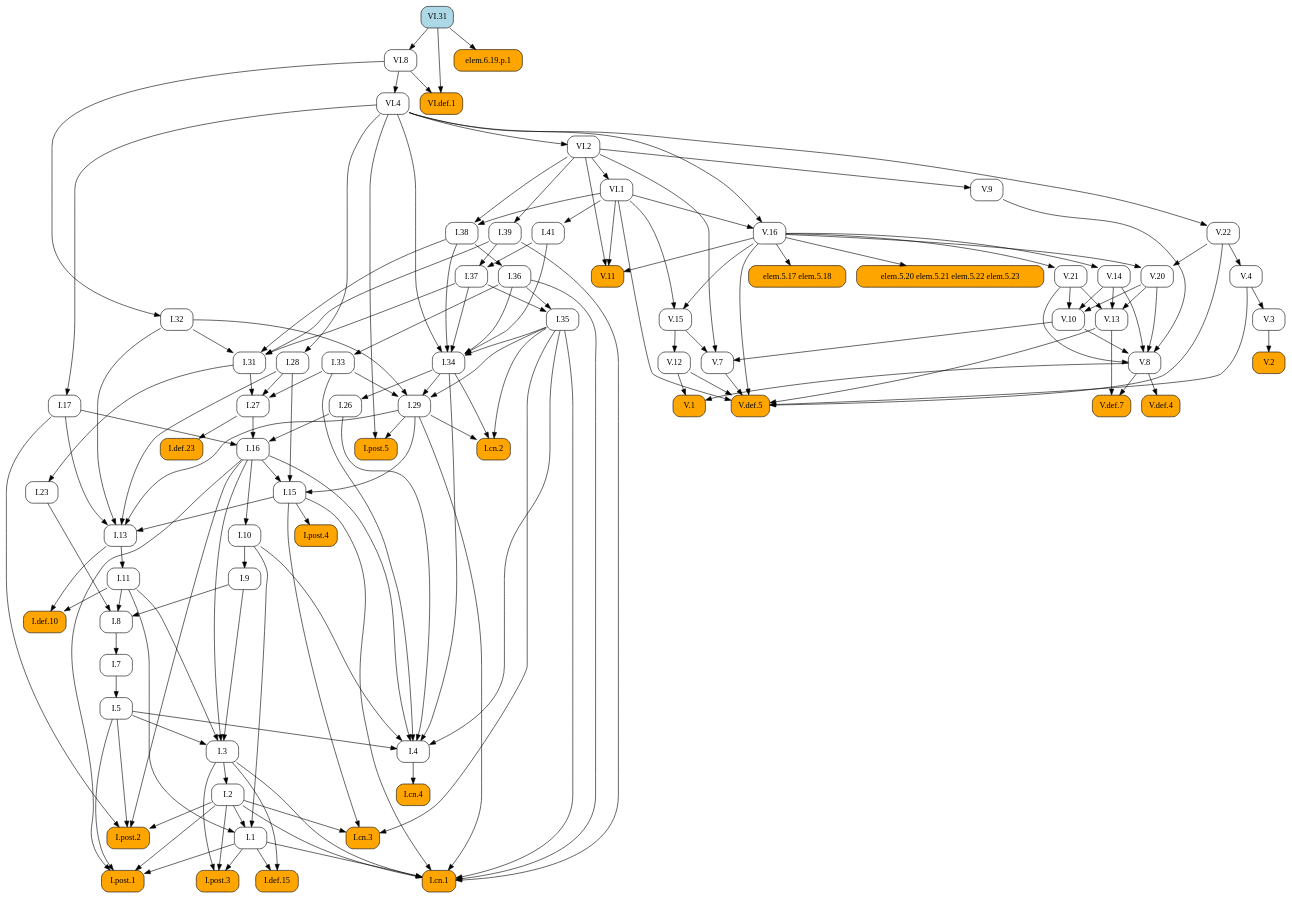
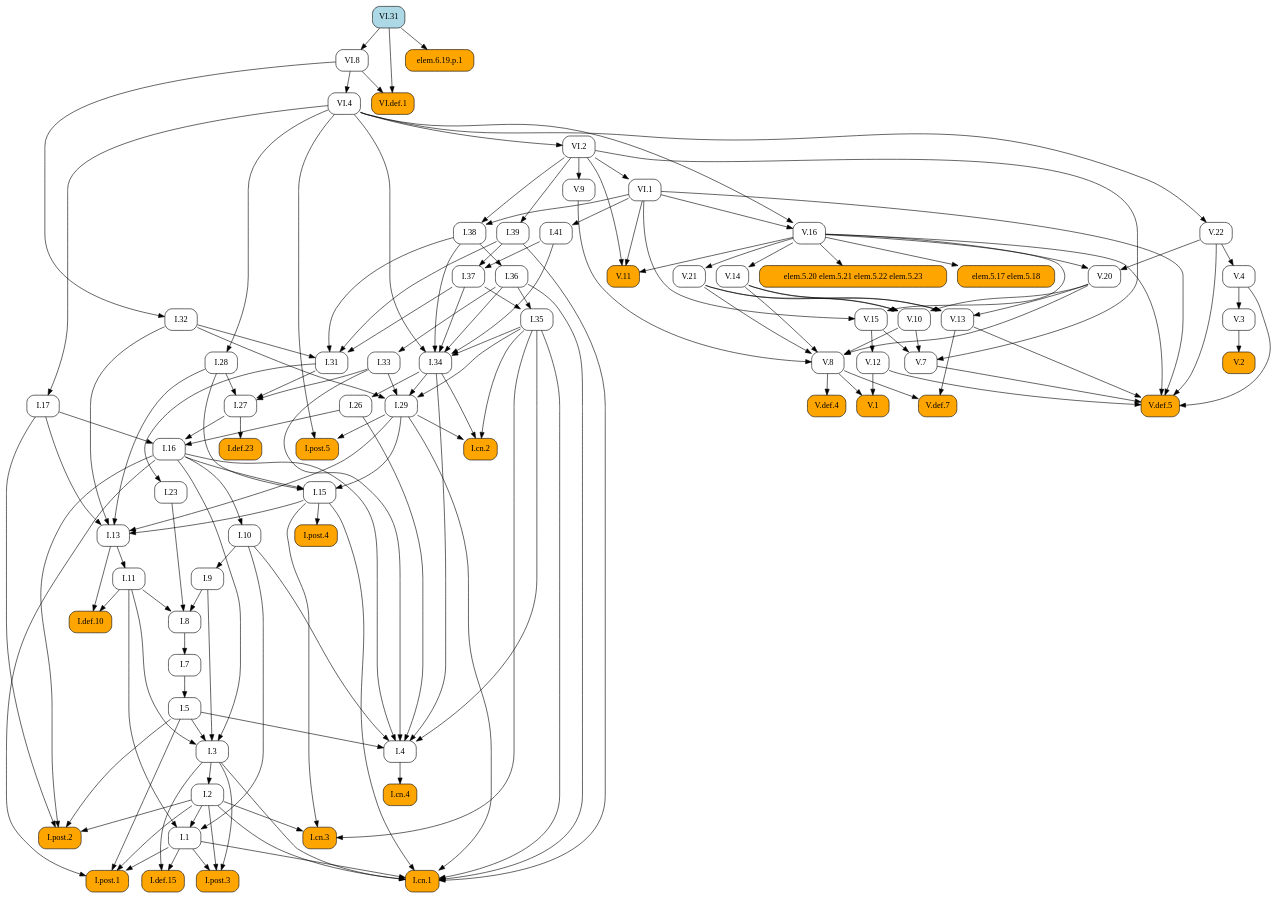
Before and after one commit to geometor/elements: the diagram in docsrc/heath/VI/31/index.rst, drawn with Graphviz. The commit also changed other lines of this file and 1029 other files, not shown here.

```diff
--- a/docsrc/heath/VI/31/index.rst
+++ b/docsrc/heath/VI/31/index.rst
@@ -44,143 +44,84 @@
    digraph {
      rankdir="TB";
      node [shape=box, style=rounded];
-     "V.1" [style="rounded,filled", fillcolor=orange, URL="/heath/V/1/", target="_top"];
-     "I.29" [URL="/heath/I/29/", target="_top"];
-     "I.7" [URL="/heath/I/7/", target="_top"];
-     "I.27" [URL="/heath/I/27/", target="_top"];
-     "I.def.23" [style="rounded,filled", fillcolor=orange, URL="/heath/I/def.23/", target="_top"];
-     "V.20" [URL="/heath/V/20/", target="_top"];
-     "I.34" [URL="/heath/I/34/", target="_top"];
-     "I.8" [URL="/heath/I/8/", target="_top"];
-     "VI.8" [URL="/heath/VI/8/", target="_top"];
-     "I.9" [URL="/heath/I/9/", target="_top"];
-     "V.2" [style="rounded,filled", fillcolor=orange, URL="/heath/V/2/", target="_top"];
-     "V.22" [URL="/heath/V/22/", target="_top"];
+     "I.def.10" [style="rounded,filled", fillcolor=orange, URL="/heath/I/def.10/", target="_top"];
+     "I.11" [URL="/heath/I/11/", target="_top"];
      "I.post.4" [style="rounded,filled", fillcolor=orange, URL="/heath/I/post.4/", target="_top"];
-     "I.2" [URL="/heath/I/2/", target="_top"];
-     "V.4" [URL="/heath/V/4/", target="_top"];
      "I.28" [URL="/heath/I/28/", target="_top"];
-     "VI.4" [URL="/heath/VI/4/", target="_top"];
-     "I.cn.4" [style="rounded,filled", fillcolor=orange, URL="/heath/I/cn.4/", target="_top"];
-     "VI.2" [URL="/heath/VI/2/", target="_top"];
-     "elem.5.20 elem.5.21 elem.5.22 elem.5.23" [style="rounded,filled", fillcolor=orange];
-     "I.23" [URL="/heath/I/23/", target="_top"];
-     "I.13" [URL="/heath/I/13/", target="_top"];
-     "I.5" [URL="/heath/I/5/", target="_top"];
-     "I.11" [URL="/heath/I/11/", target="_top"];
-     "I.4" [URL="/heath/I/4/", target="_top"];
-     "I.def.10" [style="rounded,filled", fillcolor=orange, URL="/heath/I/def.10/", target="_top"];
+     "I.1" [URL="/heath/I/1/", target="_top"];
+     "V.def.5" [style="rounded,filled", fillcolor=orange, URL="/heath/V/def.5/", target="_top"];
+     "VI.31" [style="rounded,filled", fillcolor=lightblue, URL="/heath/VI/31/", target="_top"];
+     "V.13" [URL="/heath/V/13/", target="_top"];
+     "V.11" [style="rounded,filled", fillcolor=orange, URL="/heath/V/11/", target="_top"];
      "I.post.3" [style="rounded,filled", fillcolor=orange, URL="/heath/I/post.3/", target="_top"];
-     "VI.31" [style="rounded,filled", fillcolor=lightblue, URL="/heath/VI/31/", target="_top"];
-     "V.9" [URL="/heath/V/9/", target="_top"];
-     "VI.def.1" [style="rounded,filled", fillcolor=orange, URL="/heath/VI/def.1/", target="_top"];
-     "elem.5.17 elem.5.18" [style="rounded,filled", fillcolor=orange];
-     "V.3" [URL="/heath/V/3/", target="_top"];
-     "I.36" [URL="/heath/I/36/", target="_top"];
-     "V.12" [URL="/heath/V/12/", target="_top"];
-     "I.15" [URL="/heath/I/15/", target="_top"];
-     "I.17" [URL="/heath/I/17/", target="_top"];
-     "I.32" [URL="/heath/I/32/", target="_top"];
-     "I.41" [URL="/heath/I/41/", target="_top"];
-     "V.def.5" [style="rounded,filled", fillcolor=orange, URL="/heath/V/def.5/", target="_top"];
+     "VI.1" [URL="/heath/VI/1/", target="_top"];
      "I.cn.3" [style="rounded,filled", fillcolor=orange, URL="/heath/I/cn.3/", target="_top"];
      "V.16" [URL="/heath/V/16/", target="_top"];
+     "VI.4" [URL="/heath/VI/4/", target="_top"];
+     "V.3" [URL="/heath/V/3/", target="_top"];
+     "V.8" [URL="/heath/V/8/", target="_top"];
+     "I.27" [URL="/heath/I/27/", target="_top"];
+     "I.36" [URL="/heath/I/36/", target="_top"];
+     "I.41" [URL="/heath/I/41/", target="_top"];
+     "I.37" [URL="/heath/I/37/", target="_top"];
+     "I.34" [URL="/heath/I/34/", target="_top"];
+     "I.2" [URL="/heath/I/2/", target="_top"];
+     "I.def.23" [style="rounded,filled", fillcolor=orange, URL="/heath/I/def.23/", target="_top"];
+     "I.17" [URL="/heath/I/17/", target="_top"];
+     "I.33" [URL="/heath/I/33/", target="_top"];
+     "I.post.2" [style="rounded,filled", fillcolor=orange, URL="/heath/I/post.2/", target="_top"];
+     "VI.def.1" [style="rounded,filled", fillcolor=orange, URL="/heath/VI/def.1/", target="_top"];
+     "elem.5.20 elem.5.21 elem.5.22 elem.5.23" [style="rounded,filled", fillcolor=orange];
+     "I.9" [URL="/heath/I/9/", target="_top"];
+     "I.32" [URL="/heath/I/32/", target="_top"];
+     "I.cn.4" [style="rounded,filled", fillcolor=orange, URL="/heath/I/cn.4/", target="_top"];
+     "V.def.4" [style="rounded,filled", fillcolor=orange, URL="/heath/V/def.4/", target="_top"];
+     "I.15" [URL="/heath/I/15/", target="_top"];
      "I.38" [URL="/heath/I/38/", target="_top"];
+     "V.def.7" [style="rounded,filled", fillcolor=orange, URL="/heath/V/def.7/", target="_top"];
+     "I.5" [URL="/heath/I/5/", target="_top"];
+     "V.21" [URL="/heath/V/21/", target="_top"];
+     "I.39" [URL="/heath/I/39/", target="_top"];
+     "I.26" [URL="/heath/I/26/", target="_top"];
+     "V.14" [URL="/heath/V/14/", target="_top"];
+     "I.29" [URL="/heath/I/29/", target="_top"];
+     "V.22" [URL="/heath/V/22/", target="_top"];
+     "V.12" [URL="/heath/V/12/", target="_top"];
+     "I.cn.2" [style="rounded,filled", fillcolor=orange, URL="/heath/I/cn.2/", target="_top"];
+     "V.20" [URL="/heath/V/20/", target="_top"];
+     "V.10" [URL="/heath/V/10/", target="_top"];
+     "VI.2" [URL="/heath/VI/2/", target="_top"];
+     "I.def.15" [style="rounded,filled", fillcolor=orange, URL="/heath/I/def.15/", target="_top"];
      "V.15" [URL="/heath/V/15/", target="_top"];
-     "V.def.4" [style="rounded,filled", fillcolor=orange, URL="/heath/V/def.4/", target="_top"];
-     "V.21" [URL="/heath/V/21/", target="_top"];
-     "V.8" [URL="/heath/V/8/", target="_top"];
+     "I.cn.1" [style="rounded,filled", fillcolor=orange, URL="/heath/I/cn.1/", target="_top"];
      "V.7" [URL="/heath/V/7/", target="_top"];
-     "I.1" [URL="/heath/I/1/", target="_top"];
-     "I.def.15" [style="rounded,filled", fillcolor=orange, URL="/heath/I/def.15/", target="_top"];
+     "V.9" [URL="/heath/V/9/", target="_top"];
+     "I.23" [URL="/heath/I/23/", target="_top"];
      "I.post.1" [style="rounded,filled", fillcolor=orange, URL="/heath/I/post.1/", target="_top"];
-     "V.13" [URL="/heath/V/13/", target="_top"];
      "elem.6.19.p.1" [style="rounded,filled", fillcolor=orange];
-     "I.26" [URL="/heath/I/26/", target="_top"];
-     "I.33" [URL="/heath/I/33/", target="_top"];
-     "V.def.7" [style="rounded,filled", fillcolor=orange, URL="/heath/V/def.7/", target="_top"];
-     "I.39" [URL="/heath/I/39/", target="_top"];
-     "I.cn.2" [style="rounded,filled", fillcolor=orange, URL="/heath/I/cn.2/", target="_top"];
-     "V.10" [URL="/heath/V/10/", target="_top"];
+     "I.35" [URL="/heath/I/35/", target="_top"];
+     "I.7" [URL="/heath/I/7/", target="_top"];
+     "I.3" [URL="/heath/I/3/", target="_top"];
+     "I.4" [URL="/heath/I/4/", target="_top"];
+     "I.13" [URL="/heath/I/13/", target="_top"];
+     "V.4" [URL="/heath/V/4/", target="_top"];
+     "I.31" [URL="/heath/I/31/", target="_top"];
+     "V.1" [style="rounded,filled", fillcolor=orange, URL="/heath/V/1/", target="_top"];
+     "I.16" [URL="/heath/I/16/", target="_top"];
+     "elem.5.17 elem.5.18" [style="rounded,filled", fillcolor=orange];
+     "VI.8" [URL="/heath/VI/8/", target="_top"];
+     "I.8" [URL="/heath/I/8/", target="_top"];
+     "V.2" [style="rounded,filled", fillcolor=orange, URL="/heath/V/2/", target="_top"];
+     "I.post.5" [style="rounded,filled", fillcolor=orange, URL="/heath/I/post.5/", target="_top"];
      "I.10" [URL="/heath/I/10/", target="_top"];
-     "I.3" [URL="/heath/I/3/", target="_top"];
-     "I.16" [URL="/heath/I/16/", target="_top"];
-     "I.31" [URL="/heath/I/31/", target="_top"];
-     "V.11" [style="rounded,filled", fillcolor=orange, URL="/heath/V/11/", target="_top"];
-     "I.post.2" [style="rounded,filled", fillcolor=orange, URL="/heath/I/post.2/", target="_top"];
-     "I.post.5" [style="rounded,filled", fillcolor=orange, URL="/heath/I/post.5/", target="_top"];
-     "VI.1" [URL="/heath/VI/1/", target="_top"];
-     "I.35" [URL="/heath/I/35/", target="_top"];
-     "I.cn.1" [style="rounded,filled", fillcolor=orange, URL="/heath/I/cn.1/", target="_top"];
-     "I.37" [URL="/heath/I/37/", target="_top"];
-     "V.14" [URL="/heath/V/14/", target="_top"];
-     "V.8" -> "V.1";
-     "V.12" -> "V.1";
-     "I.32" -> "I.29";
-     "I.33" -> "I.29";
-     "I.34" -> "I.29";
-     "I.35" -> "I.29";
-     "I.8" -> "I.7";
-     "I.28" -> "I.27";
-     "I.31" -> "I.27";
-     "I.33" -> "I.27";
-     "I.27" -> "I.def.23";
-     "V.16" -> "V.20";
-     "V.22" -> "V.20";
-     "I.35" -> "I.34";
-     "I.36" -> "I.34";
-     "I.37" -> "I.34";
-     "I.38" -> "I.34";
-     "I.41" -> "I.34";
-     "VI.4" -> "I.34";
-     "I.9" -> "I.8";
-     "I.11" -> "I.8";
-     "I.23" -> "I.8";
-     "VI.31" -> "VI.8";
-     "I.10" -> "I.9";
-     "V.3" -> "V.2";
-     "VI.4" -> "V.22";
-     "I.15" -> "I.post.4";
-     "I.3" -> "I.2";
-     "V.22" -> "V.4";
-     "VI.4" -> "I.28";
-     "VI.8" -> "VI.4";
-     "I.4" -> "I.cn.4";
-     "VI.4" -> "VI.2";
-     "V.16" -> "elem.5.20 elem.5.21 elem.5.22 elem.5.23";
-     "I.31" -> "I.23";
-     "I.15" -> "I.13";
-     "I.17" -> "I.13";
-     "I.28" -> "I.13";
-     "I.29" -> "I.13";
-     "I.32" -> "I.13";
-     "I.7" -> "I.5";
-     "I.13" -> "I.11";
-     "I.5" -> "I.4";
-     "I.10" -> "I.4";
-     "I.16" -> "I.4";
-     "I.26" -> "I.4";
-     "I.33" -> "I.4";
-     "I.34" -> "I.4";
-     "I.35" -> "I.4";
      "I.11" -> "I.def.10";
      "I.13" -> "I.def.10";
-     "I.1" -> "I.post.3";
-     "I.2" -> "I.post.3";
-     "I.3" -> "I.post.3";
-     "VI.2" -> "V.9";
-     "VI.8" -> "VI.def.1";
-     "VI.31" -> "VI.def.1";
-     "V.16" -> "elem.5.17 elem.5.18";
-     "V.4" -> "V.3";
-     "I.38" -> "I.36";
-     "V.15" -> "V.12";
-     "I.16" -> "I.15";
-     "I.28" -> "I.15";
-     "I.29" -> "I.15";
-     "VI.4" -> "I.17";
-     "VI.8" -> "I.32";
-     "VI.1" -> "I.41";
+     "I.13" -> "I.11";
+     "I.15" -> "I.post.4";
+     "VI.4" -> "I.28";
+     "I.2" -> "I.1";
+     "I.10" -> "I.1";
+     "I.11" -> "I.1";
      "V.4" -> "V.def.5";
      "V.7" -> "V.def.5";
      "V.12" -> "V.def.5";
@@ -188,73 +129,87 @@
      "V.16" -> "V.def.5";
      "V.22" -> "V.def.5";
      "VI.1" -> "V.def.5";
+     "V.14" -> "V.13";
+     "V.20" -> "V.13";
+     "V.21" -> "V.13";
+     "V.16" -> "V.11";
+     "VI.1" -> "V.11";
+     "VI.2" -> "V.11";
+     "I.1" -> "I.post.3";
+     "I.2" -> "I.post.3";
+     "I.3" -> "I.post.3";
+     "VI.2" -> "VI.1";
      "I.2" -> "I.cn.3";
      "I.15" -> "I.cn.3";
      "I.35" -> "I.cn.3";
      "VI.1" -> "V.16";
      "VI.4" -> "V.16";
-     "VI.1" -> "I.38";
-     "VI.2" -> "I.38";
-     "V.16" -> "V.15";
-     "VI.1" -> "V.15";
-     "V.8" -> "V.def.4";
-     "V.16" -> "V.21";
+     "VI.8" -> "VI.4";
+     "V.4" -> "V.3";
      "V.9" -> "V.8";
      "V.10" -> "V.8";
      "V.14" -> "V.8";
      "V.20" -> "V.8";
      "V.21" -> "V.8";
-     "V.10" -> "V.7";
-     "V.15" -> "V.7";
-     "VI.2" -> "V.7";
-     "I.2" -> "I.1";
-     "I.10" -> "I.1";
-     "I.11" -> "I.1";
-     "I.1" -> "I.def.15";
-     "I.3" -> "I.def.15";
-     "I.1" -> "I.post.1";
-     "I.2" -> "I.post.1";
-     "I.5" -> "I.post.1";
-     "I.16" -> "I.post.1";
-     "V.14" -> "V.13";
-     "V.20" -> "V.13";
-     "V.21" -> "V.13";
-     "VI.31" -> "elem.6.19.p.1";
-     "I.34" -> "I.26";
+     "I.28" -> "I.27";
+     "I.31" -> "I.27";
+     "I.33" -> "I.27";
+     "I.38" -> "I.36";
+     "VI.1" -> "I.41";
+     "I.39" -> "I.37";
+     "I.41" -> "I.37";
+     "I.35" -> "I.34";
+     "I.36" -> "I.34";
+     "I.37" -> "I.34";
+     "I.38" -> "I.34";
+     "I.41" -> "I.34";
+     "VI.4" -> "I.34";
+     "I.3" -> "I.2";
+     "I.27" -> "I.def.23";
+     "VI.4" -> "I.17";
      "I.36" -> "I.33";
-     "V.8" -> "V.def.7";
-     "V.13" -> "V.def.7";
-     "VI.2" -> "I.39";
-     "I.29" -> "I.cn.2";
-     "I.34" -> "I.cn.2";
-     "I.35" -> "I.cn.2";
-     "V.14" -> "V.10";
-     "V.20" -> "V.10";
-     "V.21" -> "V.10";
-     "I.16" -> "I.10";
-     "I.5" -> "I.3";
-     "I.9" -> "I.3";
-     "I.11" -> "I.3";
-     "I.16" -> "I.3";
-     "I.17" -> "I.16";
-     "I.26" -> "I.16";
-     "I.27" -> "I.16";
-     "I.32" -> "I.31";
-     "I.37" -> "I.31";
-     "I.38" -> "I.31";
-     "I.39" -> "I.31";
-     "V.16" -> "V.11";
-     "VI.1" -> "V.11";
-     "VI.2" -> "V.11";
      "I.2" -> "I.post.2";
      "I.5" -> "I.post.2";
      "I.16" -> "I.post.2";
      "I.17" -> "I.post.2";
-     "I.29" -> "I.post.5";
-     "VI.4" -> "I.post.5";
-     "VI.2" -> "VI.1";
-     "I.36" -> "I.35";
-     "I.37" -> "I.35";
+     "VI.8" -> "VI.def.1";
+     "VI.31" -> "VI.def.1";
+     "V.16" -> "elem.5.20 elem.5.21 elem.5.22 elem.5.23";
+     "I.10" -> "I.9";
+     "VI.8" -> "I.32";
+     "I.4" -> "I.cn.4";
+     "V.8" -> "V.def.4";
+     "I.16" -> "I.15";
+     "I.28" -> "I.15";
+     "I.29" -> "I.15";
+     "VI.1" -> "I.38";
+     "VI.2" -> "I.38";
+     "V.8" -> "V.def.7";
+     "V.13" -> "V.def.7";
+     "I.7" -> "I.5";
+     "V.16" -> "V.21";
+     "VI.2" -> "I.39";
+     "I.34" -> "I.26";
+     "V.16" -> "V.14";
+     "I.32" -> "I.29";
+     "I.33" -> "I.29";
+     "I.34" -> "I.29";
+     "I.35" -> "I.29";
+     "VI.4" -> "V.22";
+     "V.15" -> "V.12";
+     "I.29" -> "I.cn.2";
+     "I.34" -> "I.cn.2";
+     "I.35" -> "I.cn.2";
+     "V.16" -> "V.20";
+     "V.22" -> "V.20";
+     "V.14" -> "V.10";
+     "V.20" -> "V.10";
+     "V.21" -> "V.10";
+     "VI.4" -> "VI.2";
+     "I.1" -> "I.def.15";
+     "I.3" -> "I.def.15";
+     "V.16" -> "V.15";
+     "VI.1" -> "V.15";
      "I.1" -> "I.cn.1";
      "I.2" -> "I.cn.1";
      "I.3" -> "I.cn.1";
@@ -263,7 +218,52 @@
      "I.35" -> "I.cn.1";
      "I.36" -> "I.cn.1";
      "I.39" -> "I.cn.1";
-     "I.39" -> "I.37";
-     "I.41" -> "I.37";
-     "V.16" -> "V.14";
+     "V.10" -> "V.7";
+     "V.15" -> "V.7";
+     "VI.2" -> "V.7";
+     "VI.2" -> "V.9";
+     "I.31" -> "I.23";
+     "I.1" -> "I.post.1";
+     "I.2" -> "I.post.1";
+     "I.5" -> "I.post.1";
+     "I.16" -> "I.post.1";
+     "VI.31" -> "elem.6.19.p.1";
+     "I.36" -> "I.35";
+     "I.37" -> "I.35";
+     "I.8" -> "I.7";
+     "I.5" -> "I.3";
+     "I.9" -> "I.3";
+     "I.11" -> "I.3";
+     "I.16" -> "I.3";
+     "I.5" -> "I.4";
+     "I.10" -> "I.4";
+     "I.16" -> "I.4";
+     "I.26" -> "I.4";
+     "I.33" -> "I.4";
+     "I.34" -> "I.4";
+     "I.35" -> "I.4";
+     "I.15" -> "I.13";
+     "I.17" -> "I.13";
+     "I.28" -> "I.13";
+     "I.29" -> "I.13";
+     "I.32" -> "I.13";
+     "V.22" -> "V.4";
+     "I.32" -> "I.31";
+     "I.37" -> "I.31";
+     "I.38" -> "I.31";
+     "I.39" -> "I.31";
+     "V.8" -> "V.1";
+     "V.12" -> "V.1";
+     "I.17" -> "I.16";
+     "I.26" -> "I.16";
+     "I.27" -> "I.16";
+     "V.16" -> "elem.5.17 elem.5.18";
+     "VI.31" -> "VI.8";
+     "I.9" -> "I.8";
+     "I.11" -> "I.8";
+     "I.23" -> "I.8";
+     "V.3" -> "V.2";
+     "I.29" -> "I.post.5";
+     "VI.4" -> "I.post.5";
+     "I.16" -> "I.10";
    }
```
